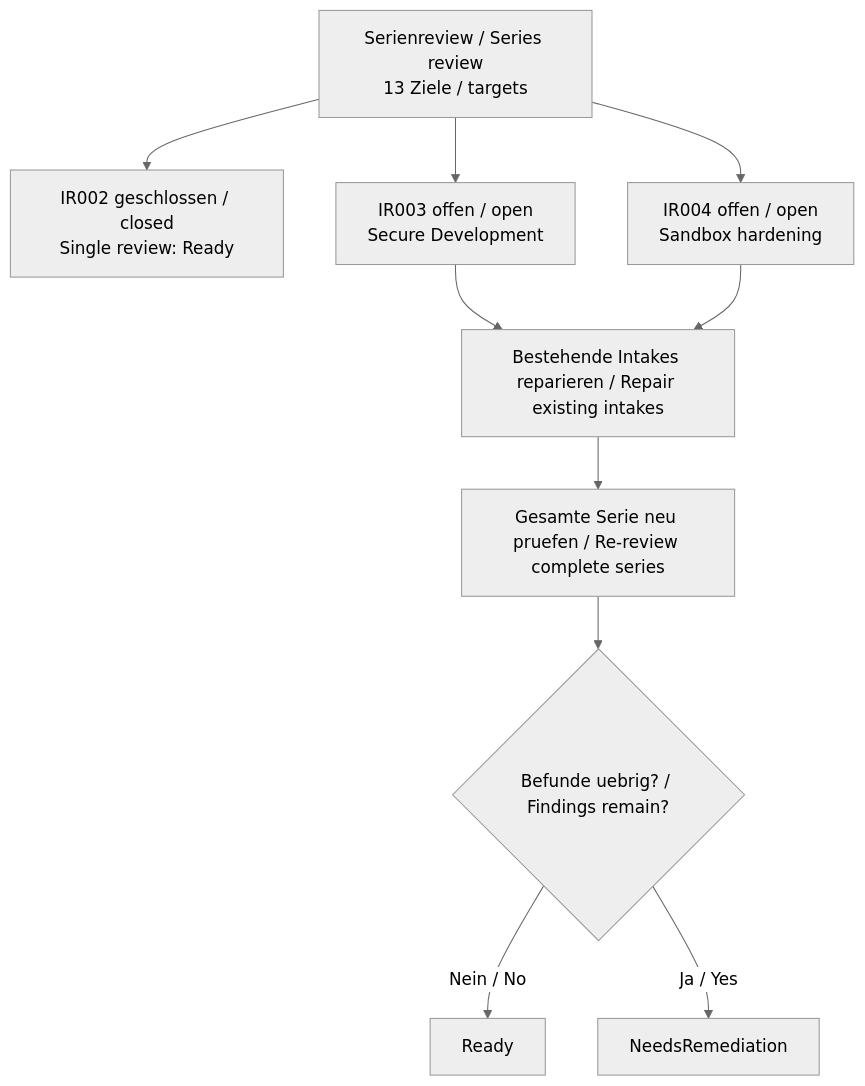
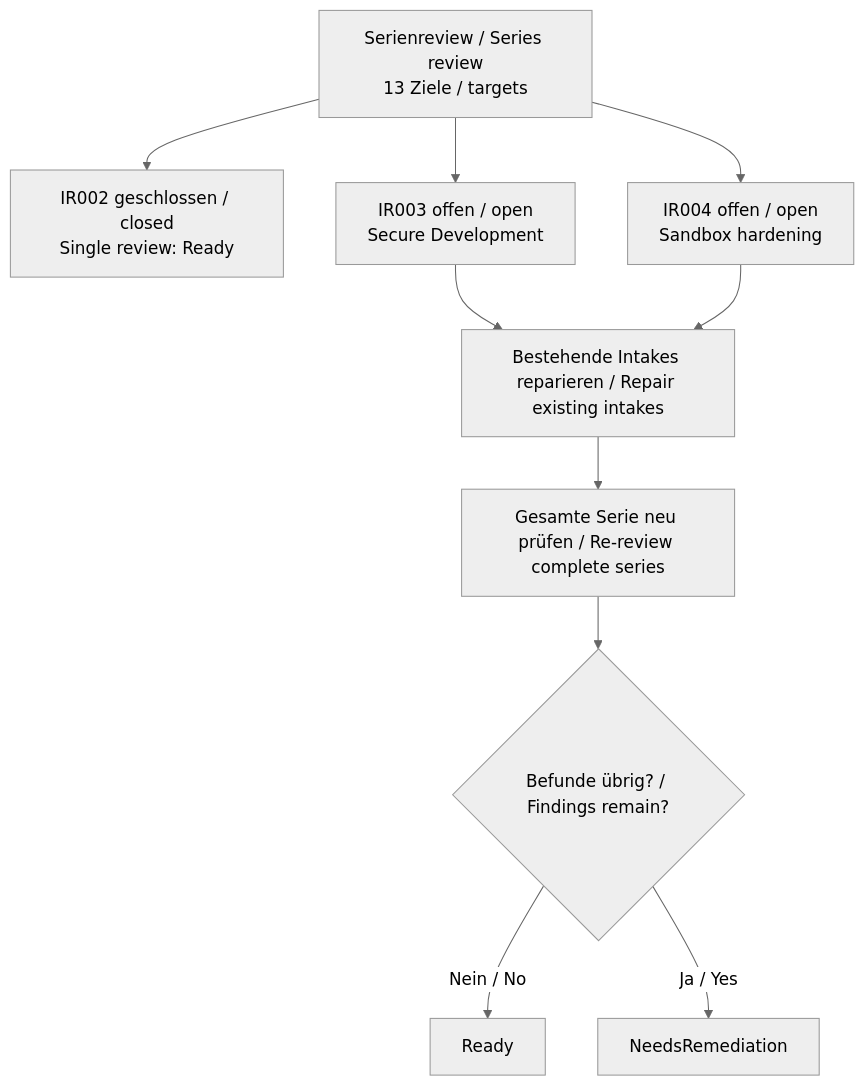
Before and after one commit to hindermath/TinyCalc: the diagram in requirements/intakes/series/tinycalc-delivery/intake-review-report.md, drawn with Mermaid (neutral theme). The commit also changed other lines of this file and 12 other files, not shown here.

Commit message:
docs: align Mermaid guidance with review

````diff
--- a/requirements/intakes/series/tinycalc-delivery/intake-review-report.md
+++ b/requirements/intakes/series/tinycalc-delivery/intake-review-report.md
@@ -37,13 +37,13 @@
 ```mermaid
 flowchart TD
     A["Serienreview / Series review<br/>13 Ziele / targets"]
     A --> B["IR002 geschlossen / closed<br/>Single review: Ready"]
     A --> C["IR003 offen / open<br/>Secure Development"]
     A --> D["IR004 offen / open<br/>Sandbox hardening"]
     C --> E["Bestehende Intakes reparieren / Repair existing intakes"]
     D --> E
-    E --> F["Gesamte Serie neu pruefen / Re-review complete series"]
-    F --> G{"Befunde uebrig? / Findings remain?"}
+    E --> F["Gesamte Serie neu prüfen / Re-review complete series"]
+    F --> G{"Befunde übrig? / Findings remain?"}
     G -- "Nein / No" --> H["Ready"]
     G -- "Ja / Yes" --> I["NeedsRemediation"]
 ```
````
